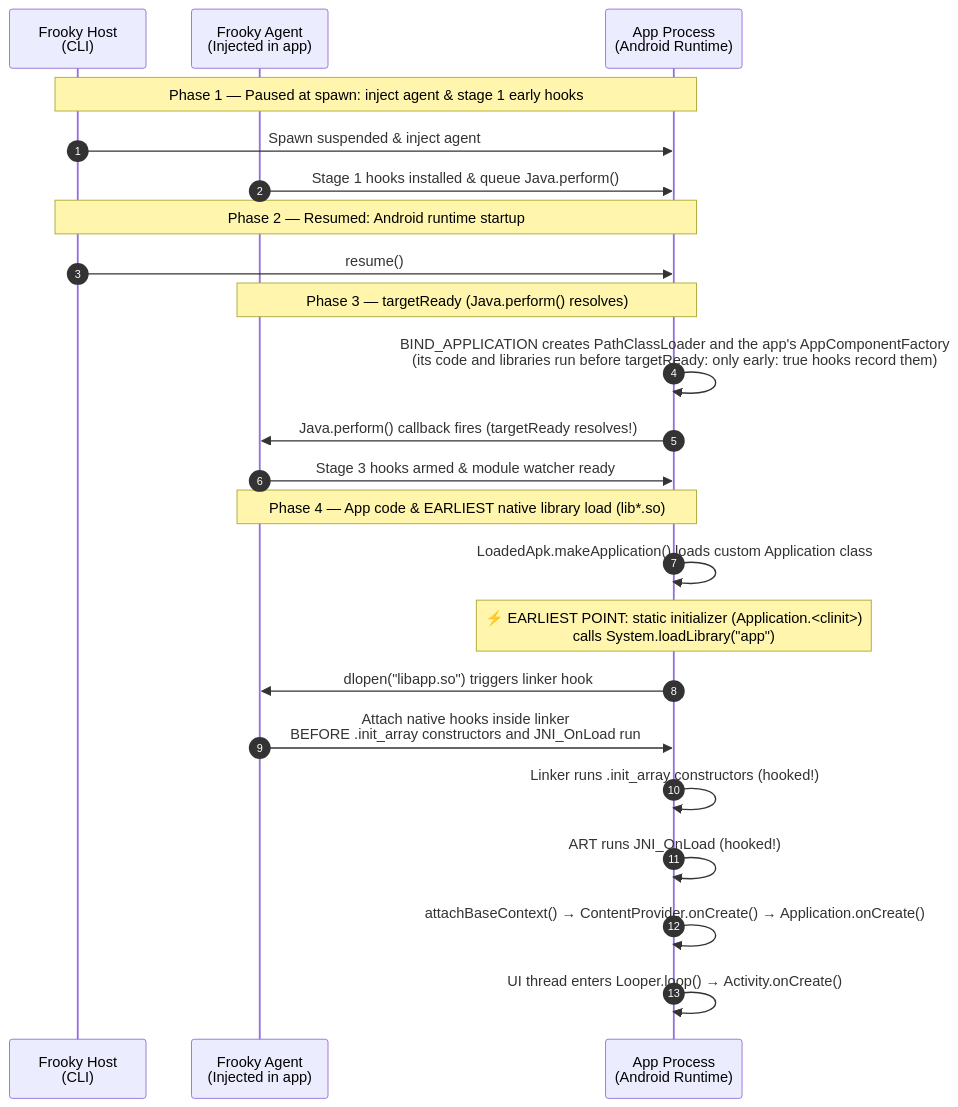
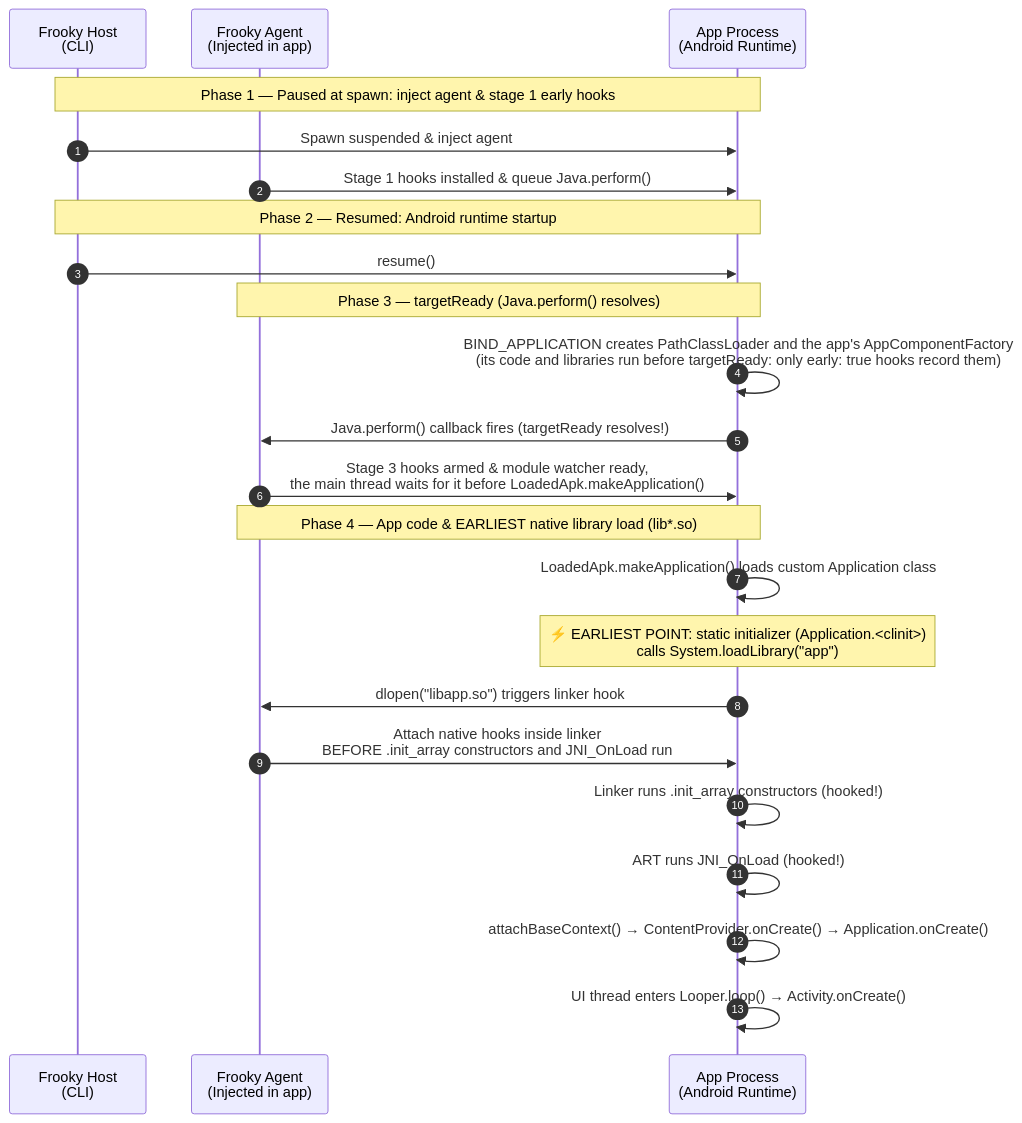
One commit to bernhste/frooky changed the eighth of 13 diagrams in docs/under-the-hood.md. Above: the diagram before and after it, drawn with Mermaid. The commit also changed other lines of this file and 6 other files, not shown here.

First line of the commit message:
fx: race between two threads druing start-up over who gets the Application class first: frooky installing its hook, or Android loading the app 'code.

````diff
--- a/docs/under-the-hood.md
+++ b/docs/under-the-hood.md
@@ -429,29 +430,29 @@
 ```mermaid
 sequenceDiagram
     autonumber
     participant Host as Frooky Host<br/>(CLI)
     participant Agent as Frooky Agent<br/>(Injected in app)
     participant App as App Process<br/>(Android Runtime)
 
     Note over Host,App: Phase 1 — Paused at spawn: inject agent & stage 1 early hooks
     Host->>App: Spawn suspended & inject agent
     Agent->>App: Stage 1 hooks installed & queue Java.perform()
 
     Note over Host,App: Phase 2 — Resumed: Android runtime startup
     Host->>App: resume()
 
     Note over Agent,App: Phase 3 — targetReady (Java.perform() resolves)
     App->>App: BIND_APPLICATION creates PathClassLoader and the app's AppComponentFactory<br/>(its code and libraries run before targetReady: only early: true hooks record them)
     App->>Agent: Java.perform() callback fires (targetReady resolves!)
-    Agent->>App: Stage 3 hooks armed & module watcher ready
+    Agent->>App: Stage 3 hooks armed & module watcher ready,<br/>the main thread waits for it before LoadedApk.makeApplication()
 
     Note over Agent,App: Phase 4 — App code & EARLIEST native library load (lib*.so)
     App->>App: LoadedApk.makeApplication() loads custom Application class
     Note over App: ⚡ EARLIEST POINT: static initializer (Application.<clinit>)<br/>calls System.loadLibrary("app")
     App->>Agent: dlopen("libapp.so") triggers linker hook
     Agent->>App: Attach native hooks inside linker<br/>BEFORE .init_array constructors and JNI_OnLoad run
     App->>App: Linker runs .init_array constructors (hooked!)
     App->>App: ART runs JNI_OnLoad (hooked!)
     App->>App: attachBaseContext() → ContentProvider.onCreate() → Application.onCreate()
     App->>App: UI thread enters Looper.loop() → Activity.onCreate()
 ```
````
